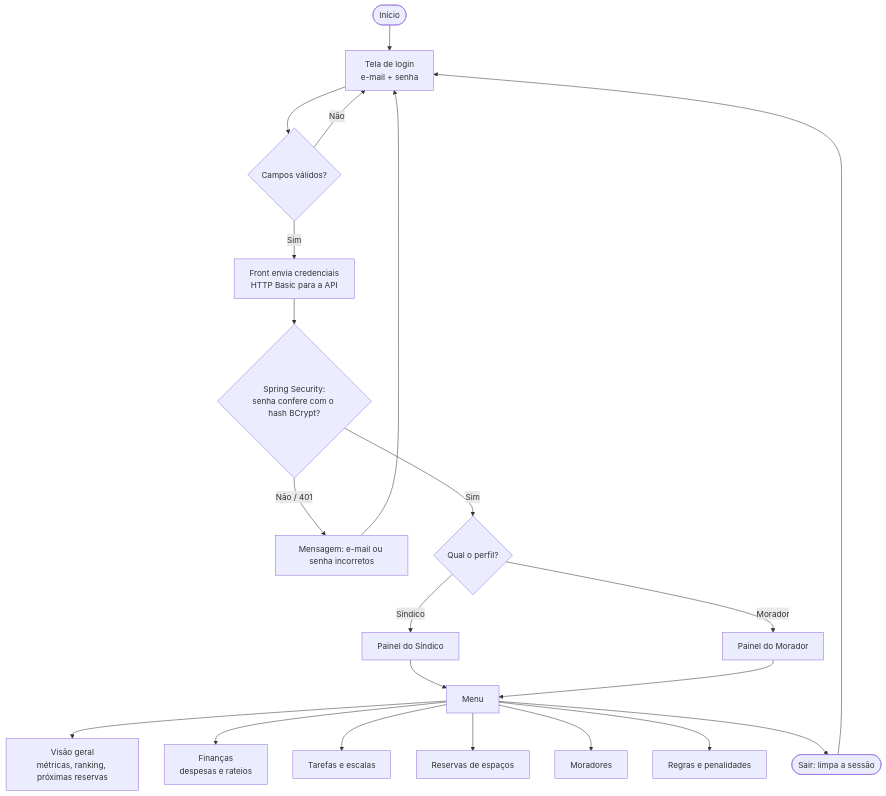
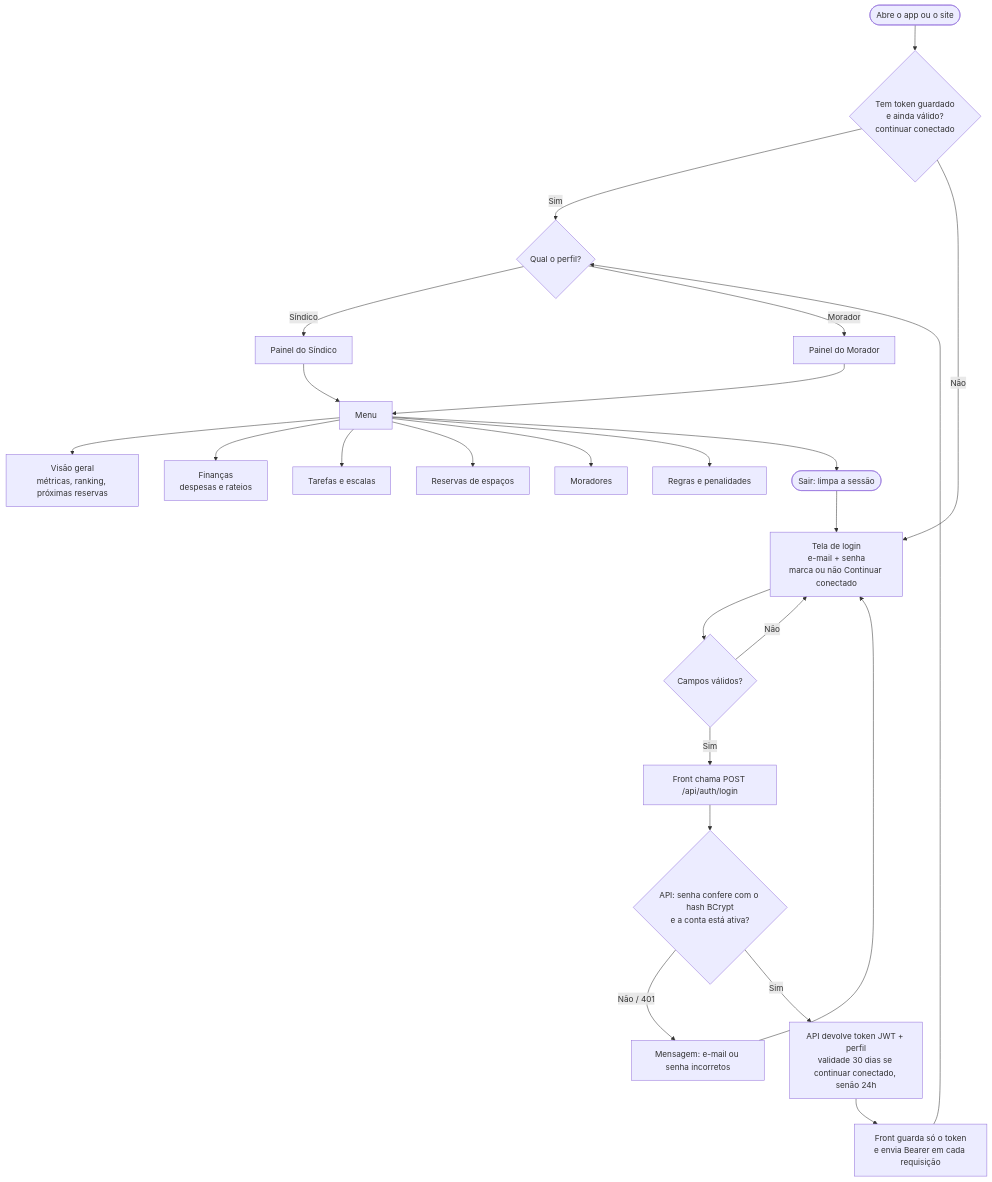
Before and after one commit to Coifmannn/HomeLive: the first of 5 diagrams in docs/fluxograma.md, drawn with Mermaid. The commit also changed 11 other files, not shown here.

Commit message:
feat: add token login (continue connected) to the API

````diff
--- a/docs/fluxograma.md
+++ b/docs/fluxograma.md
@@ -7,22 +7,26 @@
 ```mermaid
 flowchart TD
-    A([Início]) --> B[Tela de login<br/>e-mail + senha]
+    A([Abre o app ou o site]) --> T{Tem token guardado<br/>e ainda válido?<br/>continuar conectado}
+    T -- Sim --> G
+    T -- Não --> B[Tela de login<br/>e-mail + senha<br/>marca ou não Continuar conectado]
     B --> C{Campos válidos?}
     C -- Não --> B
-    C -- Sim --> D[Front envia credenciais<br/>HTTP Basic para a API]
-    D --> E{Spring Security:<br/>senha confere com o hash BCrypt?}
+    C -- Sim --> D[Front chama POST /api/auth/login]
+    D --> E{API: senha confere com o hash BCrypt<br/>e a conta está ativa?}
     E -- Não / 401 --> F[Mensagem: e-mail ou senha incorretos] --> B
-    E -- Sim --> G{Qual o perfil?}
+    E -- Sim --> K[API devolve token JWT + perfil<br/>validade 30 dias se continuar conectado, senão 24h]
+    K --> L[Front guarda só o token<br/>e envia Bearer em cada requisição]
+    L --> G{Qual o perfil?}
     G -- Síndico --> H[Painel do Síndico]
     G -- Morador --> I[Painel do Morador]
 
     H --> M[Menu]
     I --> M
     M --> V[Visão geral<br/>métricas, ranking, próximas reservas]
     M --> FI[Finanças<br/>despesas e rateios]
     M --> TA[Tarefas e escalas]
     M --> RE[Reservas de espaços]
     M --> MO[Moradores]
     M --> RG[Regras e penalidades]
     M --> S([Sair: limpa a sessão]) --> B
 ```
````
